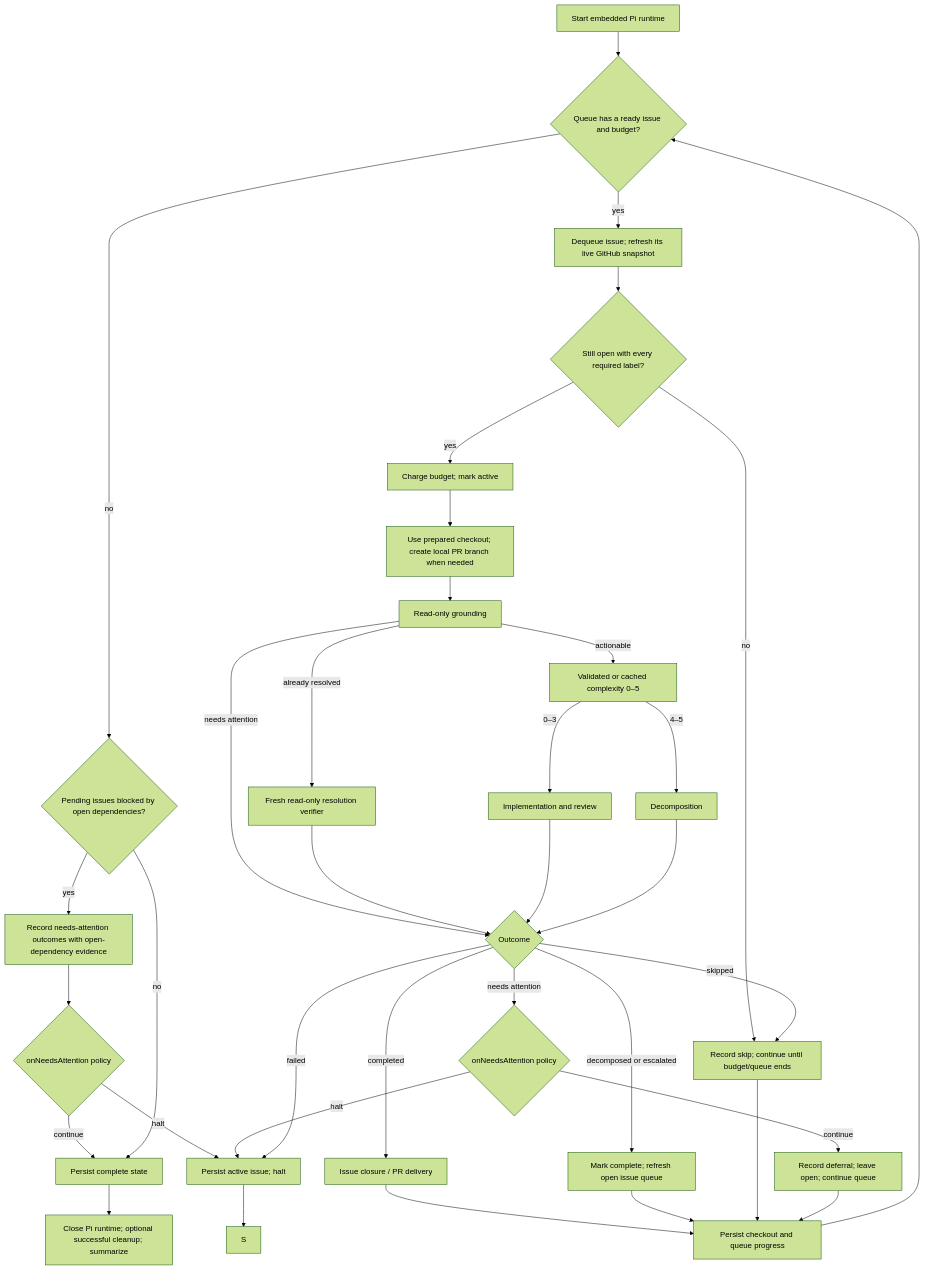
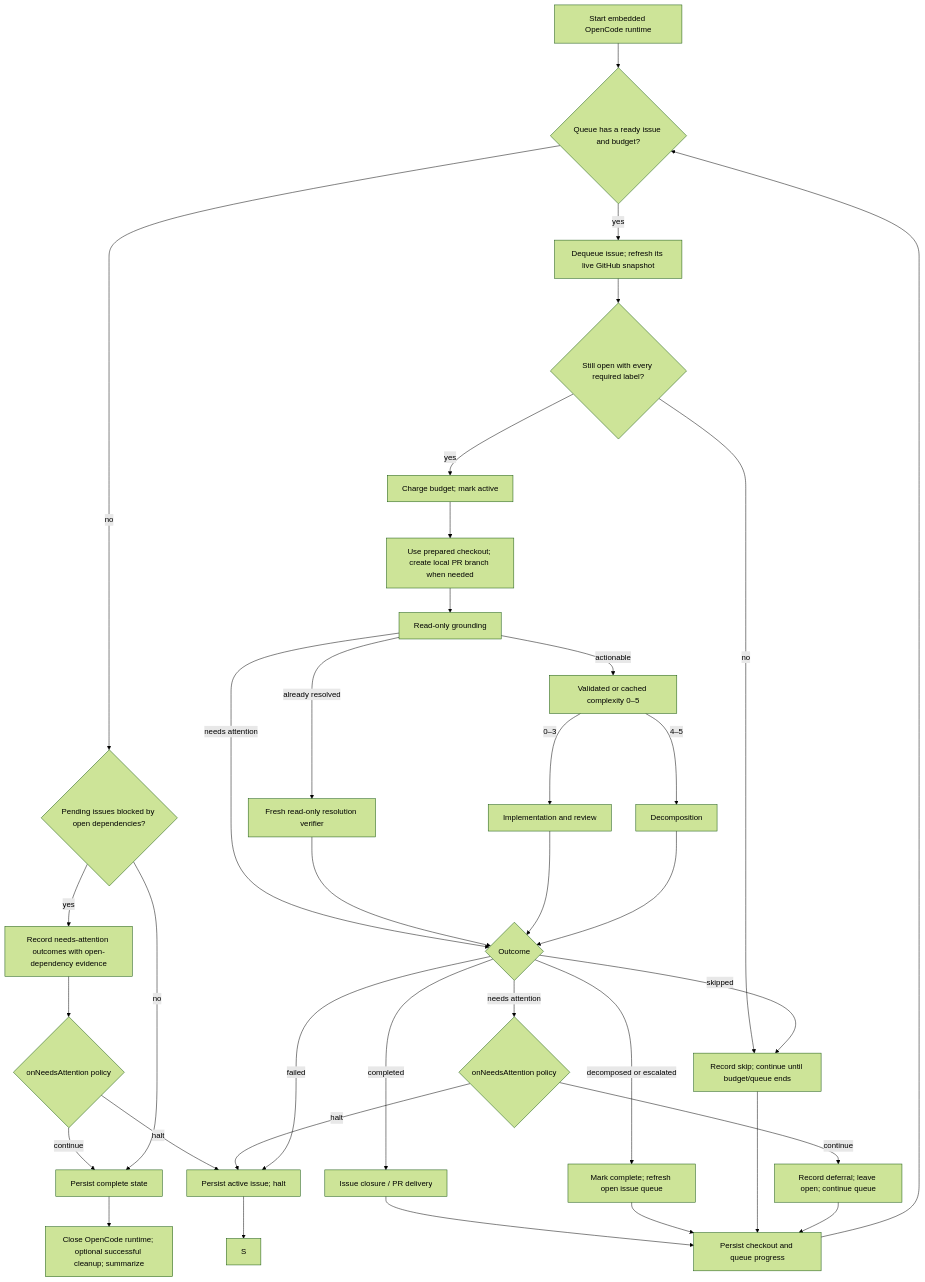
One commit to beremaran/ralphie changed the second of 6 diagrams in docs/end-to-end-execution.md. Above: the diagram before and after it, drawn with Mermaid (forest theme). The commit also changed other lines of this file and 61 other files, not shown here.

First line of the commit message:
Swap embedded Pi agent with external OpenCode 2 server

````diff
--- a/docs/end-to-end-execution.md
+++ b/docs/end-to-end-execution.md
@@ -119,38 +111,38 @@
 ```mermaid
 flowchart TD
-    A["Start embedded Pi runtime"] --> B{"Queue has a ready issue and budget?"}
+    A["Start embedded OpenCode runtime"] --> B{"Queue has a ready issue and budget?"}
     B -->|no| C{"Pending issues blocked by open dependencies?"}
     C -->|yes| R2["Record needs-attention outcomes with open-dependency evidence"]
     R2 --> Q2{"onNeedsAttention policy"}
     Q2 -->|continue| E
     Q2 -->|halt| N
     C -->|no| E["Persist complete state"]
     B -->|yes| F["Dequeue issue; refresh its live GitHub snapshot"]
     F --> T{"Still open with every required label?"}
     T -->|no| M["Record durable skip; complete queue item"]
     T -->|yes| G["Charge budget; mark active"]
     G --> H["Use prepared checkout; create local PR branch when needed"]
     H --> I["Read-only grounding"]
     I -->|actionable| U["Validated or cached complexity 0–5"]
     I -->|already resolved| V["Fresh read-only resolution verifier"]
     I -->|needs attention| J{"Outcome"}
     U -->|0–3| W["Implementation and review"]
     U -->|4–5| X["Decomposition"]
     V --> J
     W --> J
     X --> J
     J -->|completed| K["Issue closure / PR delivery"]
     J -->|decomposed or escalated| L["Mark complete; refresh open issue queue"]
     J -->|skipped| M["Record skip; continue until budget/queue ends"]
     J -->|needs attention| Q{"onNeedsAttention policy"}
     Q -->|continue| P["Record deferral; leave open; continue queue"]
     Q -->|halt| N["Persist active issue; handled stop"]
     J -->|failed| N["Persist active issue; halt"]
     K --> O["Persist checkout and queue progress"]
     L --> O
     M --> O
     P --> O
     O --> B
-    E --> R["Close Pi runtime; optional successful cleanup; summarize"]
+    E --> R["Close OpenCode runtime; optional successful cleanup; summarize"]
     N --> S
 ```
````
